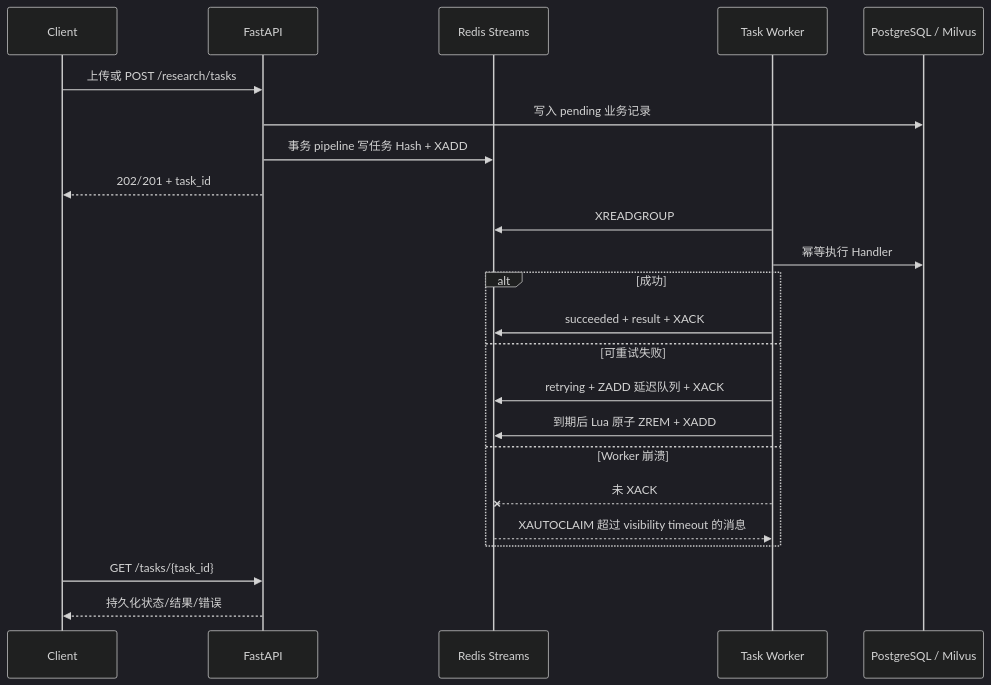
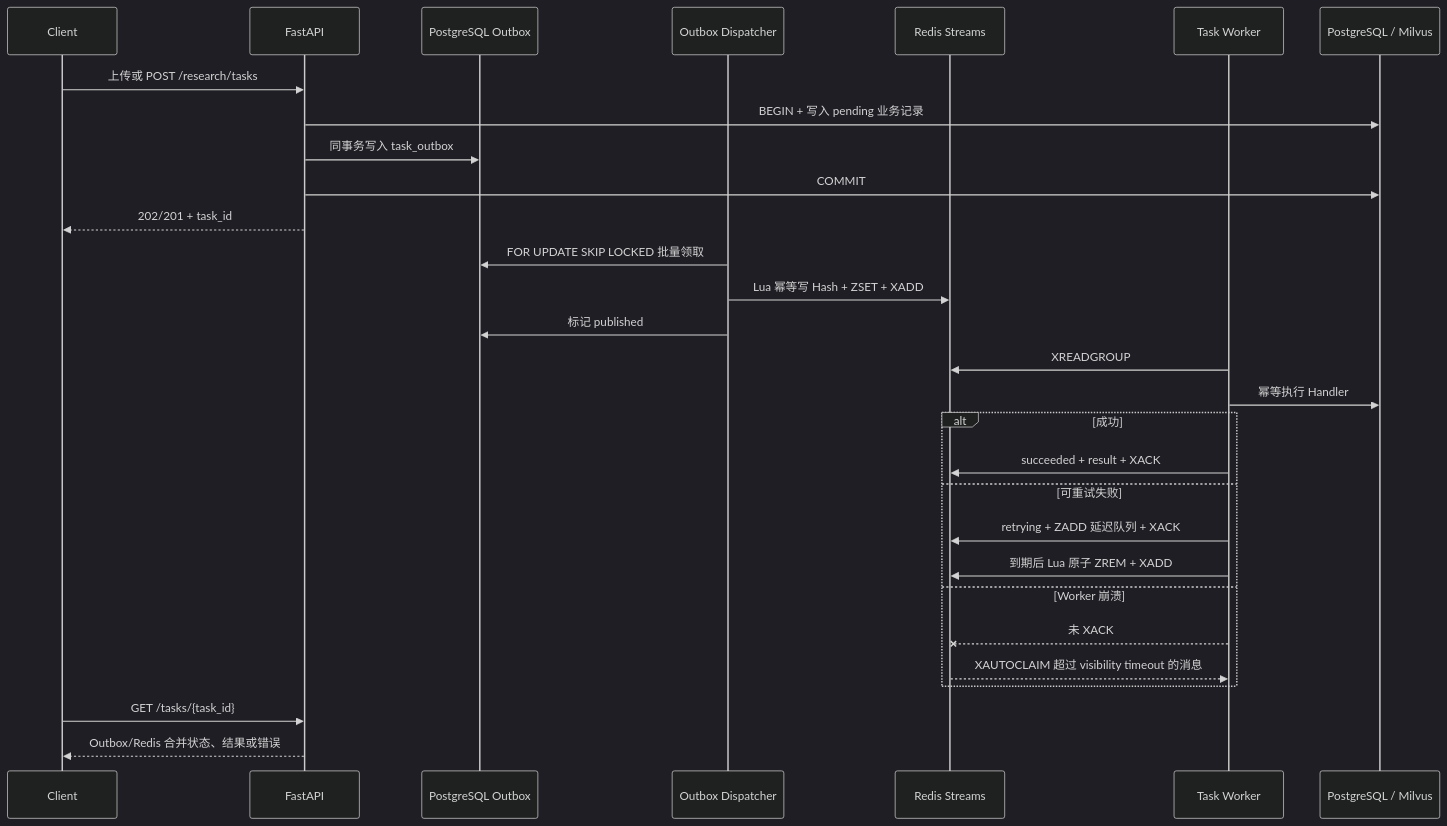
The diagram in docs/PERSISTENT_TASKS.md (mashuangcheng625/industry-research-assistant), drawn with Mermaid (dark theme) before and after one commit. The commit also changed other lines of this file and 34 other files, not shown here.

````diff
--- a/docs/PERSISTENT_TASKS.md
+++ b/docs/PERSISTENT_TASKS.md
@@ -15,26 +16,32 @@
 ```mermaid
 sequenceDiagram
     participant C as Client
     participant A as FastAPI
+    participant O as PostgreSQL Outbox
+    participant X as Outbox Dispatcher
     participant R as Redis Streams
     participant W as Task Worker
     participant D as PostgreSQL / Milvus
 
     C->>A: 上传或 POST /research/tasks
-    A->>D: 写入 pending 业务记录
-    A->>R: 事务 pipeline 写任务 Hash + XADD
+    A->>D: BEGIN + 写入 pending 业务记录
+    A->>O: 同事务写入 task_outbox
+    A->>D: COMMIT
     A-->>C: 202/201 + task_id
+    X->>O: FOR UPDATE SKIP LOCKED 批量领取
+    X->>R: Lua 幂等写 Hash + ZSET + XADD
+    X->>O: 标记 published
     W->>R: XREADGROUP
     W->>D: 幂等执行 Handler
     alt 成功
       W->>R: succeeded + result + XACK
     else 可重试失败
       W->>R: retrying + ZADD 延迟队列 + XACK
       W->>R: 到期后 Lua 原子 ZREM + XADD
     else Worker 崩溃
       W--xR: 未 XACK
       R-->>W: XAUTOCLAIM 超过 visibility timeout 的消息
     end
     C->>A: GET /tasks/{task_id}
-    A-->>C: 持久化状态/结果/错误
+    A-->>C: Outbox/Redis 合并状态、结果或错误
 ```
````
